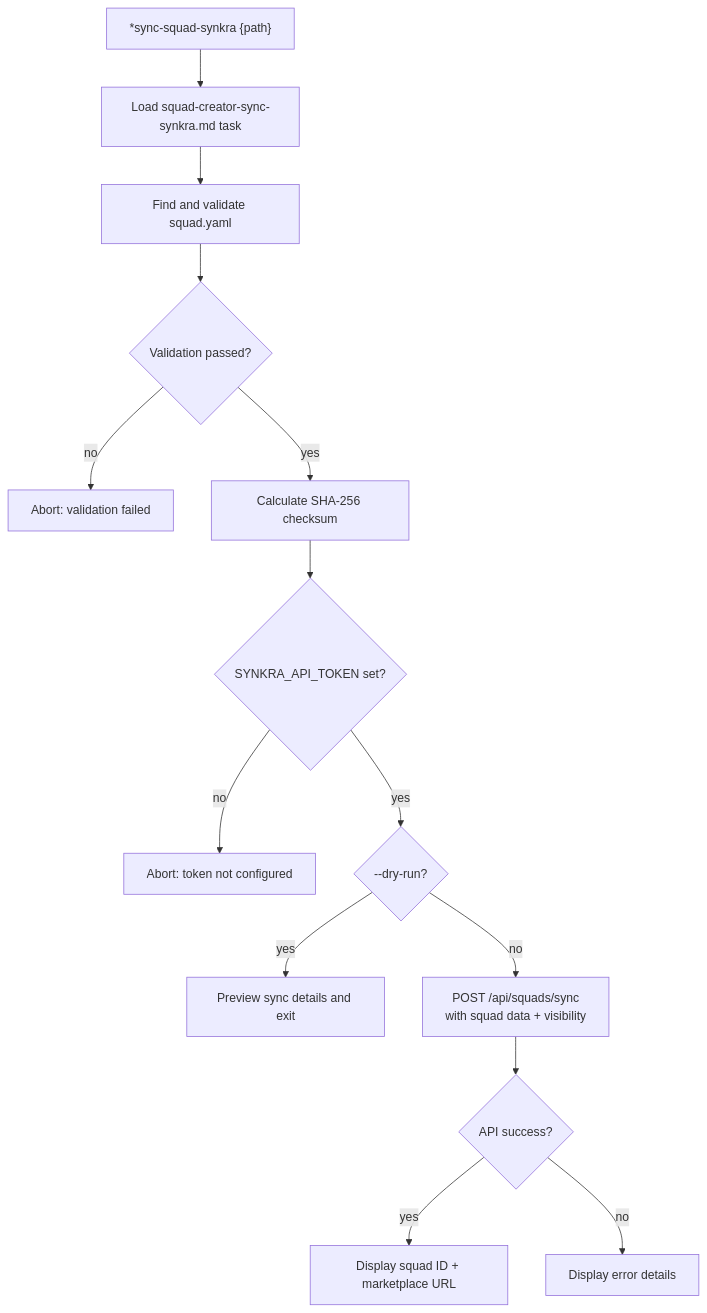
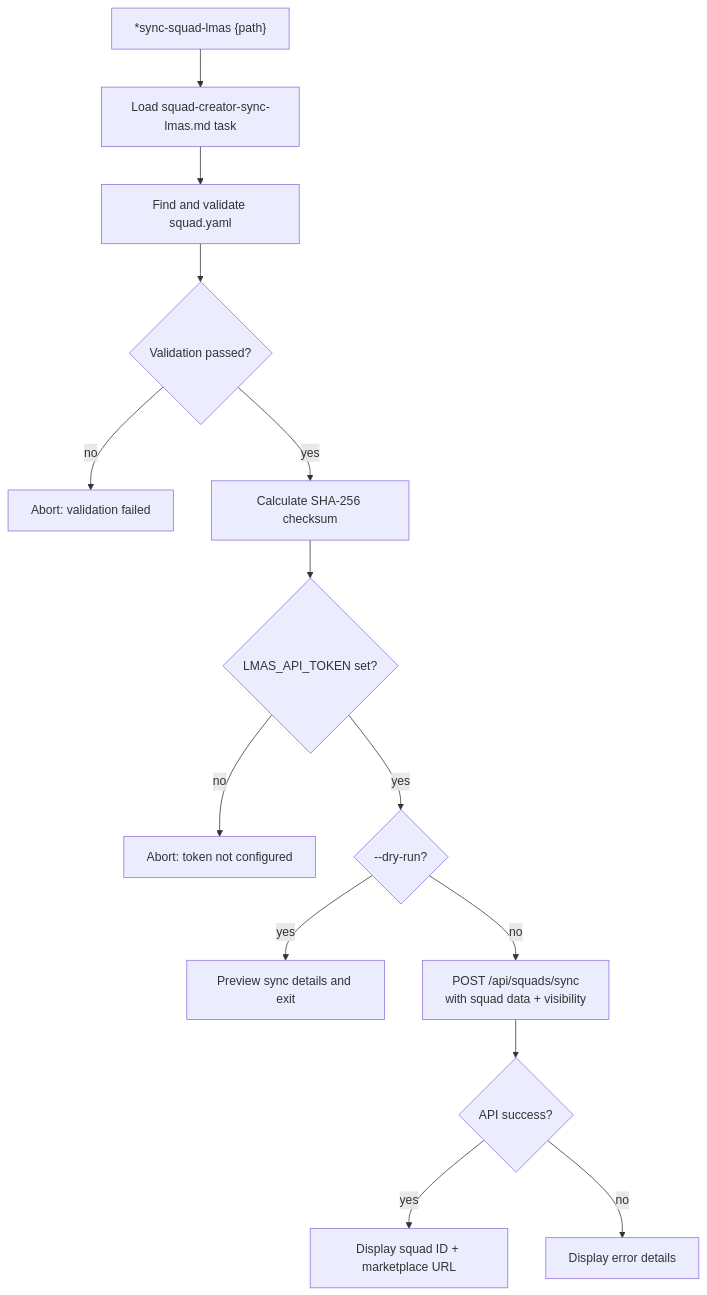
One commit to oluanferreira/luan-multiagent-scrum changed diagram 11 of 12 in docs/guides/agents/traces/squad-creation-execution-trace.md. Above: the diagram before and after it, drawn with Mermaid. The commit also changed other lines of this file and 415 other files, not shown here.

First line of the commit message:
refactor: rebrand Synkra/SynkraAI → LMAS by Luan Ferreira

````diff
--- a/docs/guides/agents/traces/squad-creation-execution-trace.md
+++ b/docs/guides/agents/traces/squad-creation-execution-trace.md
@@ -468,16 +468,16 @@
 ```mermaid
 flowchart TD
-    A["*sync-squad-synkra {path}"] --> B[Load squad-creator-sync-synkra.md task]
+    A["*sync-squad-lmas {path}"] --> B[Load squad-creator-sync-lmas.md task]
     B --> C[Find and validate squad.yaml]
     C --> D{Validation passed?}
     D -->|no| E[Abort: validation failed]
     D -->|yes| F[Calculate SHA-256 checksum]
-    F --> G{SYNKRA_API_TOKEN set?}
+    F --> G{LMAS_API_TOKEN set?}
     G -->|no| H[Abort: token not configured]
     G -->|yes| I{--dry-run?}
     I -->|yes| J[Preview sync details and exit]
     I -->|no| K["POST /api/squads/sync<br/>with squad data + visibility"]
     K --> L{API success?}
     L -->|yes| M[Display squad ID + marketplace URL]
     L -->|no| N[Display error details]
 ```
````
